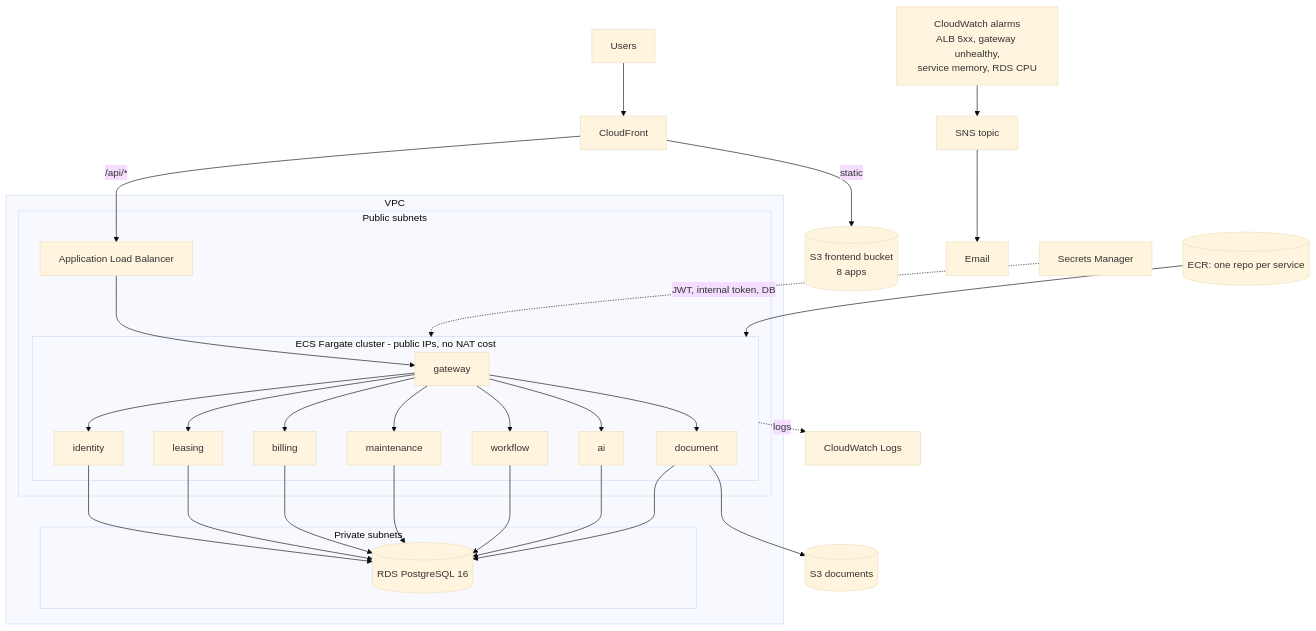
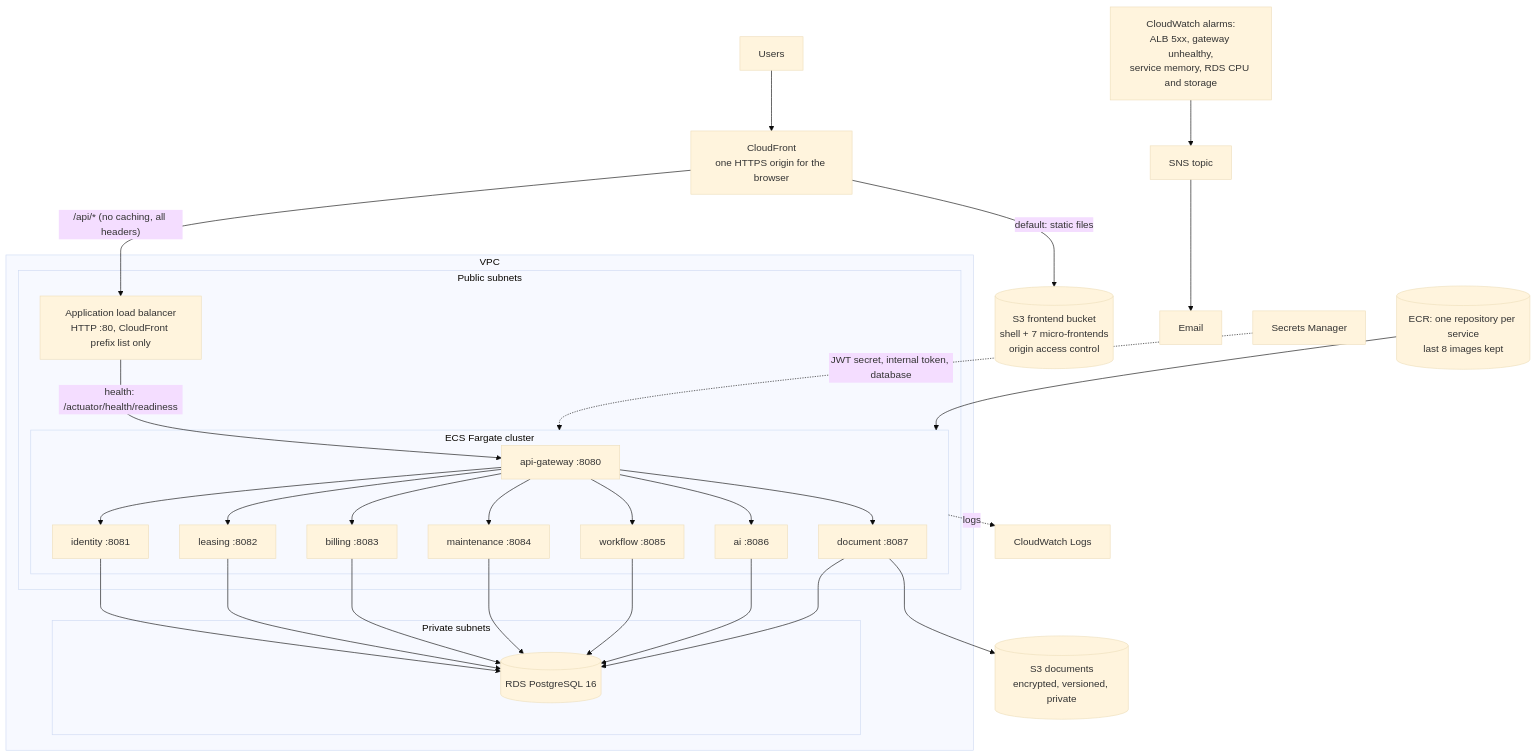
The first of 4 diagrams in docs/architecture/DEPLOYMENT.md (lucky1ravi/property), drawn with Mermaid (base theme) before and after one commit. The commit also changed other lines of this file and 47 other files, not shown here.

````diff
--- a/docs/architecture/DEPLOYMENT.md
+++ b/docs/architecture/DEPLOYMENT.md
@@ -5,31 +7,32 @@
 ```mermaid
 flowchart TB
-  U[Users] --> CF[CloudFront]
-  CF -->|static| S3[(S3 frontend bucket<br/>8 apps)]
-  CF -->|/api/*| ALB[Application Load Balancer]
-  subgraph VPC
-    subgraph Public subnets
+  U[Users] --> CF[CloudFront<br/>one HTTPS origin for the browser]
+  CF -->|"default: static files"| S3[("S3 frontend bucket<br/>shell + 7 micro-frontends<br/>origin access control")]
+  CF -->|"/api/* (no caching, all headers)"| ALB[Application load balancer<br/>HTTP :80, CloudFront prefix list only]
+  subgraph VPC[VPC]
+    subgraph PUB[Public subnets]
       ALB
-      subgraph ECS[ECS Fargate cluster - public IPs, no NAT cost]
-        GW[gateway]
-        ID[identity]
-        LE[leasing]
-        BI[billing]
-        MA[maintenance]
-        WF[workflow]
-        AI[ai]
-        DO[document]
+      subgraph ECS[ECS Fargate cluster]
+        GW["api-gateway :8080"]
+        ID["identity :8081"]
+        LE["leasing :8082"]
+        BI["billing :8083"]
+        MA["maintenance :8084"]
+        WF["workflow :8085"]
+        AI["ai :8086"]
+        DO["document :8087"]
       end
     end
-    subgraph Private subnets
-      RDS[(RDS PostgreSQL 16)]
+    subgraph PRIV[Private subnets]
+      RDS[("RDS PostgreSQL 16")]
     end
   end
-  ALB --> GW --> ID & LE & BI & MA & WF & AI & DO
+  ALB -->|"health: /actuator/health/readiness"| GW
+  GW --> ID & LE & BI & MA & WF & AI & DO
   ID & LE & BI & MA & WF & AI & DO --> RDS
-  DO --> FILES[(S3 documents)]
-  SM[Secrets Manager] -.JWT, internal token, DB.-> ECS
+  DO --> FILES[("S3 documents<br/>encrypted, versioned, private")]
+  SM[Secrets Manager] -.JWT secret, internal token, database.-> ECS
   ECS -.logs.-> CWL[CloudWatch Logs]
-  CWA[CloudWatch alarms<br/>ALB 5xx, gateway unhealthy,<br/>service memory, RDS CPU] --> SNS[SNS topic] --> MAIL[Email]
-  ECR[(ECR: one repo per service)] --> ECS
+  ECR[("ECR: one repository per service<br/>last 8 images kept")] --> ECS
+  CWA["CloudWatch alarms:<br/>ALB 5xx, gateway unhealthy,<br/>service memory, RDS CPU and storage"] --> SNS[SNS topic] --> MAIL[Email]
 ```
````
